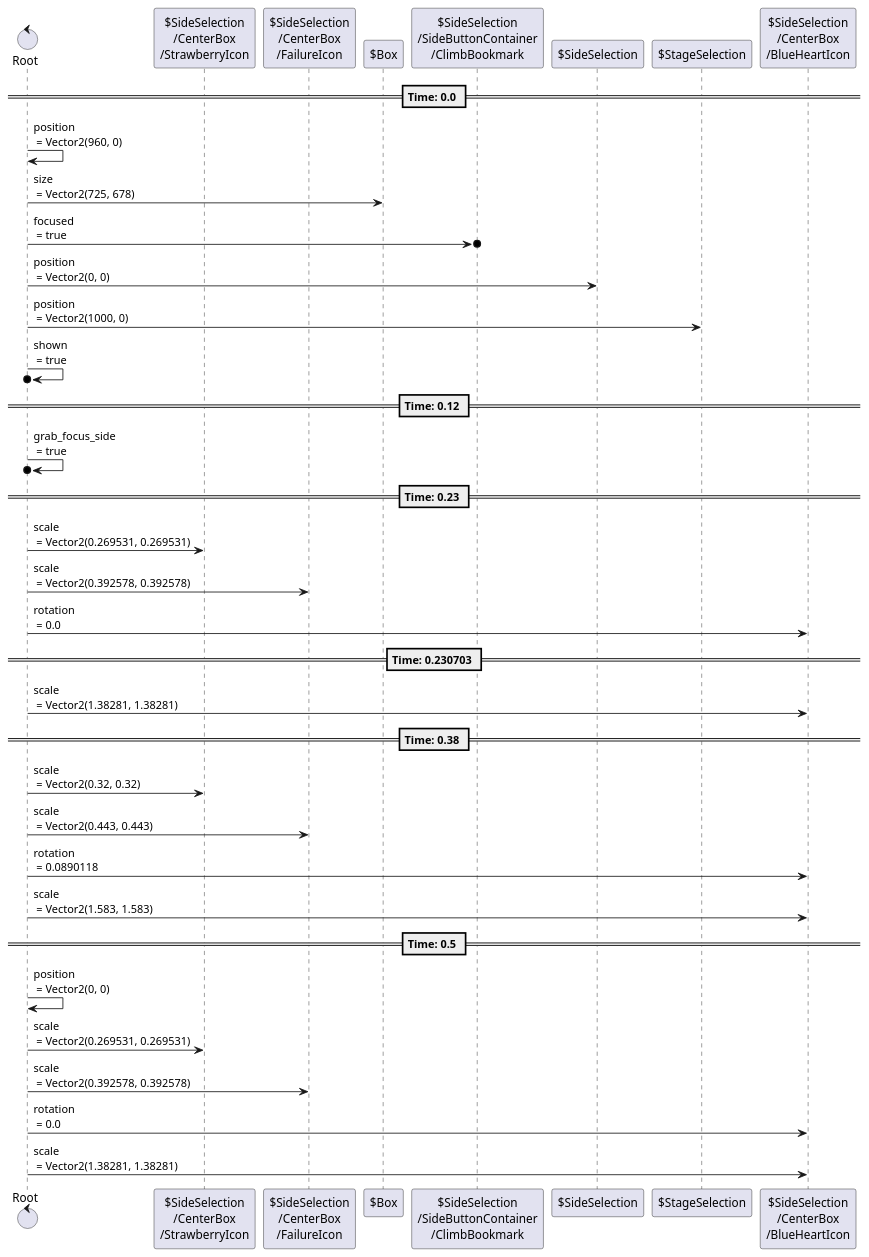
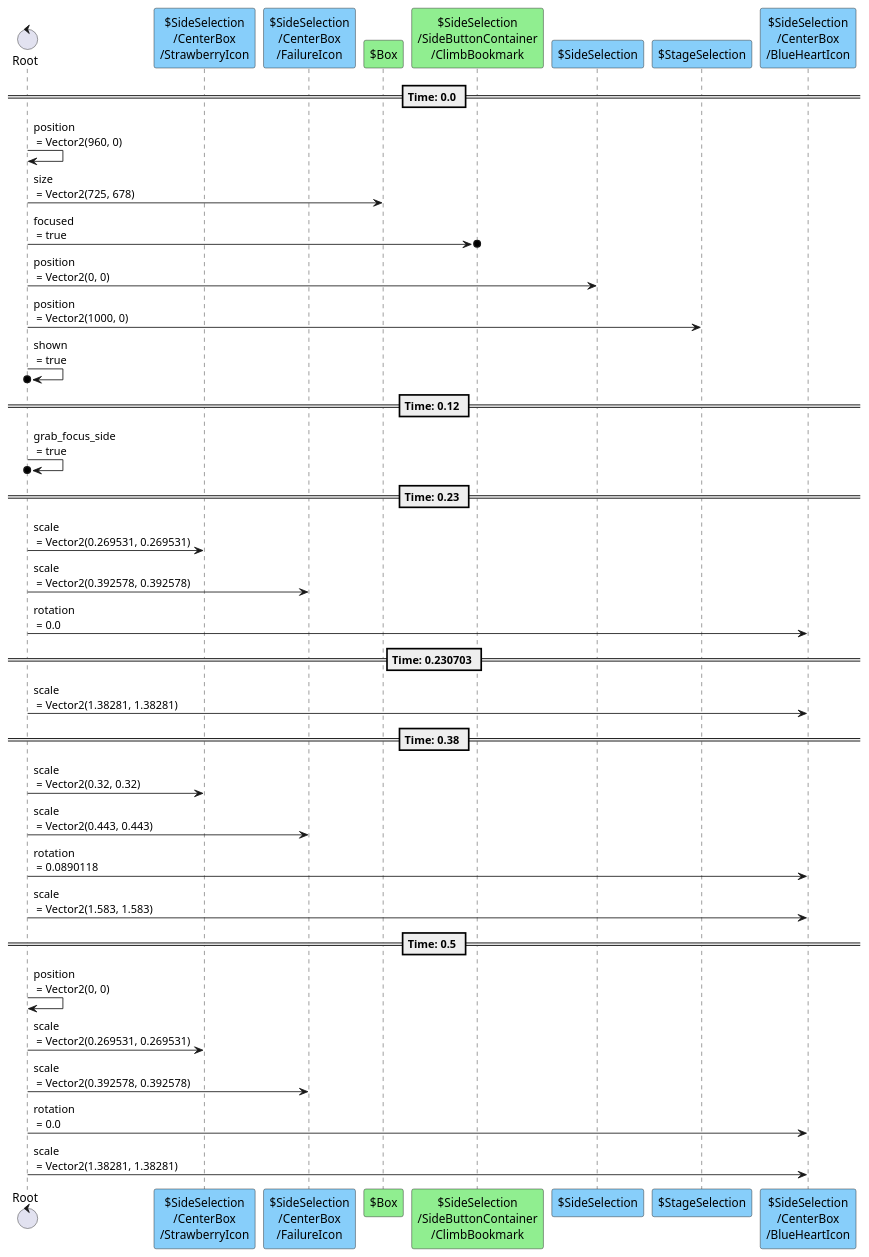
Before and after one commit to tkmfujise/Platformer-Game-Learning: the sixth of 6 diagrams in content/scenes/src/beginning/chapters/menu/menu.tscn.adoc, drawn with PlantUML. The commit also changed other lines of this file and 67 other files, not shown here.

```diff
--- a/content/scenes/src/beginning/chapters/menu/menu.tscn.adoc
+++ b/content/scenes/src/beginning/chapters/menu/menu.tscn.adoc
@@ -584,42 +584,42 @@
 [plantuml]
 ....
 control "Root" as R
-participant "$SideSelection\n/CenterBox\n/StrawberryIcon" as T1
-participant "$SideSelection\n/CenterBox\n/FailureIcon" as T2
-participant "$Box" as T3
-participant "$SideSelection\n/SideButtonContainer\n/ClimbBookmark" as T4
-participant "$SideSelection" as T6
-participant "$StageSelection" as T7
-participant "$SideSelection\n/CenterBox\n/BlueHeartIcon" as T9
+participant "$SideSelection\n/CenterBox\n/StrawberryIcon" as T1 #87CEFA
+participant "$SideSelection\n/CenterBox\n/FailureIcon" as T2 #87CEFA
+participant "$Box" as T3 #90EE90
+participant "$SideSelection\n/SideButtonContainer\n/ClimbBookmark" as T4 #90EE90
+participant "$SideSelection" as T6 #87CEFA
+participant "$StageSelection" as T7 #87CEFA
+participant "$SideSelection\n/CenterBox\n/BlueHeartIcon" as T9 #87CEFA
 
 
 
 == Time: 0.0 ==
 R  ->  R : position\n = Vector2(960, 0)
 R  ->  T3 : size\n = Vector2(725, 678)
 R  ->o  T4 : focused\n = true
 R  ->  T6 : position\n = Vector2(0, 0)
 R  ->  T7 : position\n = Vector2(1000, 0)
 R  ->o  R : shown\n = true
 == Time: 0.12 ==
 R  ->o  R : grab_focus_side\n = true
 == Time: 0.23 ==
 R  ->  T1 : scale\n = Vector2(0.269531, 0.269531)
 R  ->  T2 : scale\n = Vector2(0.392578, 0.392578)
 R  ->  T9 : rotation\n = 0.0
 == Time: 0.230703 ==
 R  ->  T9 : scale\n = Vector2(1.38281, 1.38281)
 == Time: 0.38 ==
 R  ->  T1 : scale\n = Vector2(0.32, 0.32)
 R  ->  T2 : scale\n = Vector2(0.443, 0.443)
 R  ->  T9 : rotation\n = 0.0890118
 R  ->  T9 : scale\n = Vector2(1.583, 1.583)
 == Time: 0.5 ==
 R  ->  R : position\n = Vector2(0, 0)
 R  ->  T1 : scale\n = Vector2(0.269531, 0.269531)
 R  ->  T2 : scale\n = Vector2(0.392578, 0.392578)
 R  ->  T9 : rotation\n = 0.0
 R  ->  T9 : scale\n = Vector2(1.38281, 1.38281)
 
 
 ....
```
